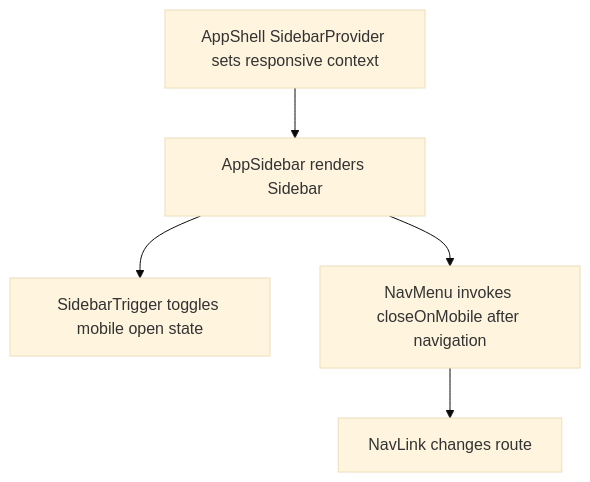
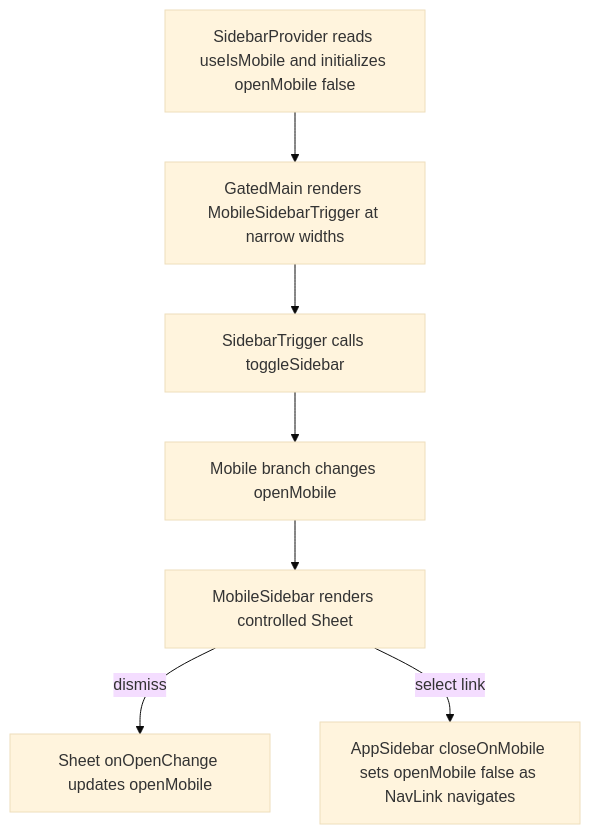
The second of 2 diagrams in user-stories/navigation/US-NAV-09-mobile-affordances.md (Kevinjohn/capacitylens), drawn with Mermaid (base theme) before and after one commit. The commit also changed other lines of this file and 172 other files, not shown here.

Commit message:
docs: reconcile user story code flows with source

````diff
--- a/user-stories/navigation/US-NAV-09-mobile-affordances.md
+++ b/user-stories/navigation/US-NAV-09-mobile-affordances.md
@@ -34,7 +36,9 @@
 ```mermaid
 flowchart TD
-  shell["AppShell SidebarProvider sets responsive context"] --> sidebar["AppSidebar renders Sidebar"]
-  sidebar --> trigger["SidebarTrigger toggles mobile open state"]
-  sidebar --> nav["NavMenu invokes closeOnMobile after navigation"]
-  nav --> route["NavLink changes route"]
+  provider["SidebarProvider reads useIsMobile and initializes openMobile false"] --> trigger["GatedMain renders MobileSidebarTrigger at narrow widths"]
+  trigger --> action["SidebarTrigger calls toggleSidebar"]
+  action --> state["Mobile branch changes openMobile"]
+  state --> sheet["MobileSidebar renders controlled Sheet"]
+  sheet -->|dismiss| close["Sheet onOpenChange updates openMobile"]
+  sheet -->|select link| nav["AppSidebar closeOnMobile sets openMobile false as NavLink navigates"]
 ```
````
